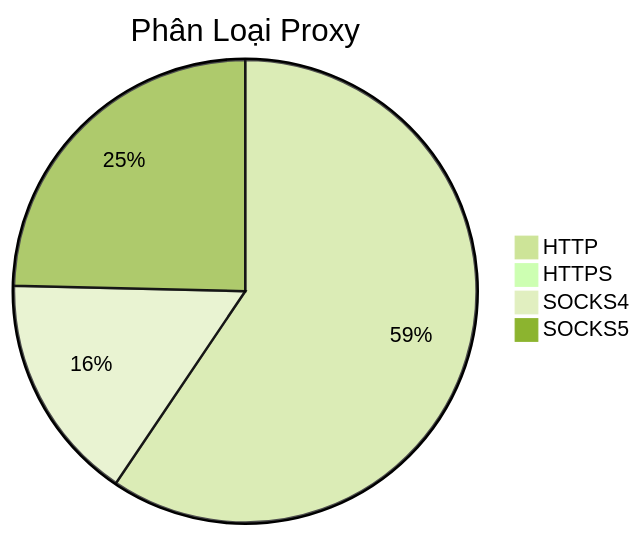
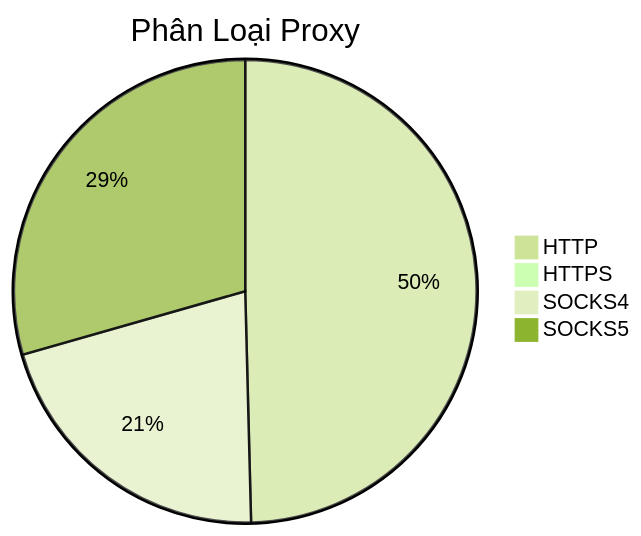
One commit to Ciara-12/PROXY-free changed the diagram in README.md. Above: the diagram before and after it, drawn with Mermaid (forest theme). The commit also changed other lines of this file and 4 other files, not shown here.

````diff
--- a/README.md
+++ b/README.md
@@ -26,7 +26,7 @@
 ```mermaid
 pie title Phân Loại Proxy
-    "HTTP" : 775
-    "HTTPS" : 0
-    "SOCKS4" : 208
-    "SOCKS5" : 321
+    "HTTP" : 553
+    "HTTPS" : 1
+    "SOCKS4" : 234
+    "SOCKS5" : 328
 ```
````
